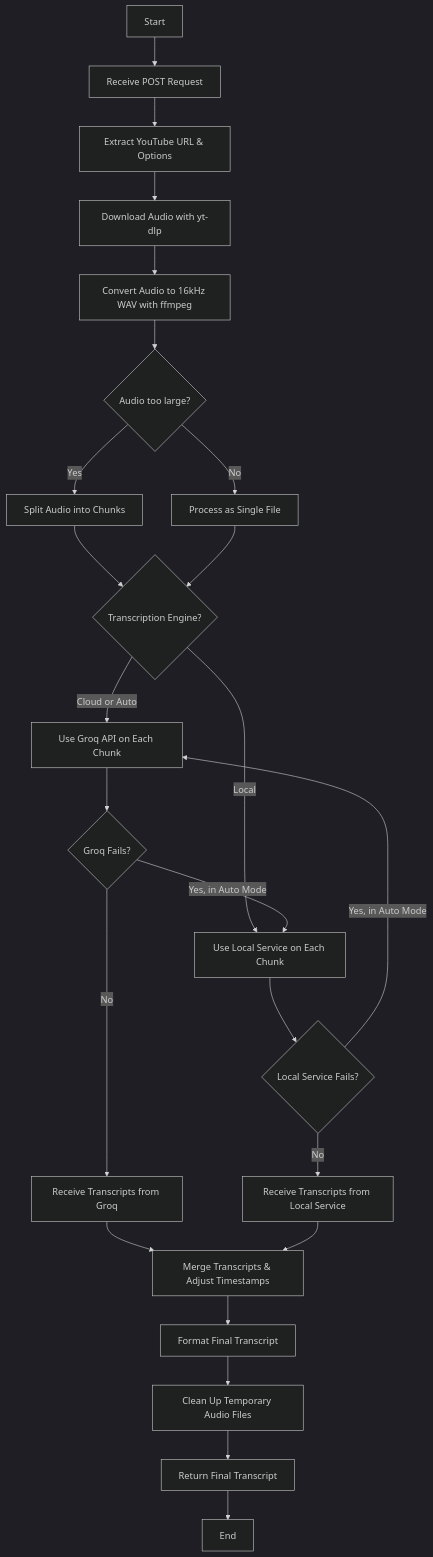
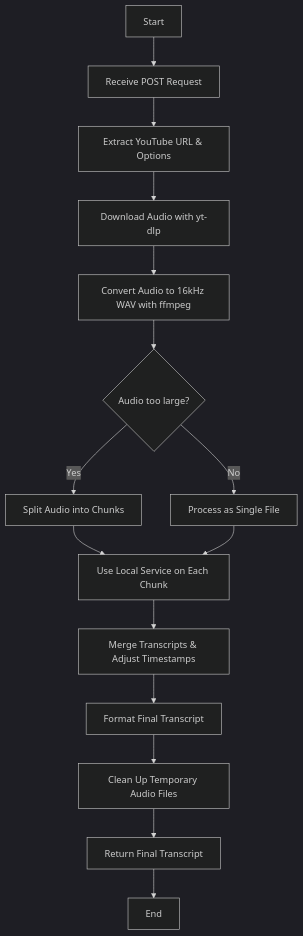
One commit to devtitus/YouTube-Transcripts-Using-Whisper changed the diagram in WORKFLOW.md. Above: the diagram before and after it, drawn with Mermaid (dark theme). The commit also changed other lines of this file and 13 other files, not shown here.

First line of the commit message:
I've completed the final cleanup of the configuration files to align them with the local-only architecture.

````diff
--- a/WORKFLOW.md
+++ b/WORKFLOW.md
@@ -9,26 +9,17 @@
 ```mermaid
 graph TD
     A[Start] --> B[Receive POST Request];
     B --> C[Extract YouTube URL & Options];
     C --> D[Download Audio with yt-dlp];
     D --> E[Convert Audio to 16kHz WAV with ffmpeg];
     E --> F{Audio too large?};
     F -- Yes --> G[Split Audio into Chunks];
     F -- No --> H[Process as Single File];
-    G --> I{Transcription Engine?};
-    H --> I;
-    I -- Cloud or Auto --> J[Use Groq API on Each Chunk];
-    I -- Local --> K[Use Local Service on Each Chunk];
-    J --> L{Groq Fails?};
-    L -- Yes, in Auto Mode --> K;
-    L -- No --> M[Receive Transcripts from Groq];
-    K --> N{Local Service Fails?};
-    N -- Yes, in Auto Mode --> J;
-    N -- No --> O[Receive Transcripts from Local Service];
-    M --> P[Merge Transcripts & Adjust Timestamps];
-    O --> P;
+    G --> K[Use Local Service on Each Chunk];
+    H --> K;
+    K --> P[Merge Transcripts & Adjust Timestamps];
     P --> Q[Format Final Transcript];
     Q --> R[Clean Up Temporary Audio Files];
     R --> S[Return Final Transcript];
     S --> T[End];
 ```
````
